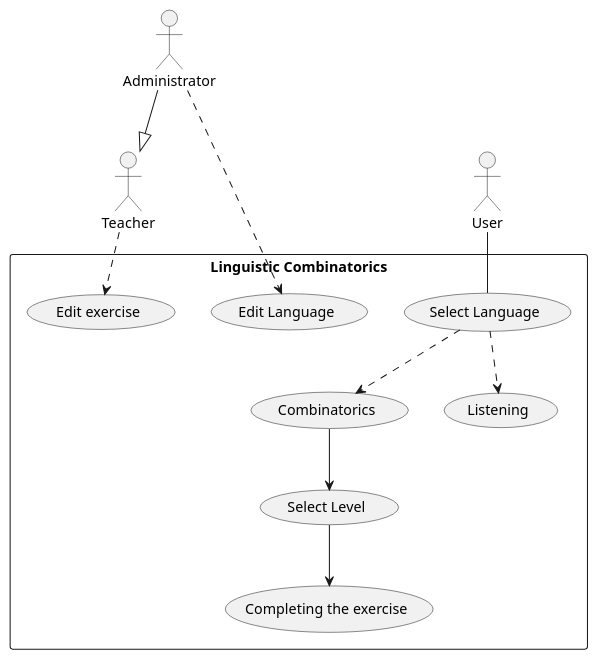
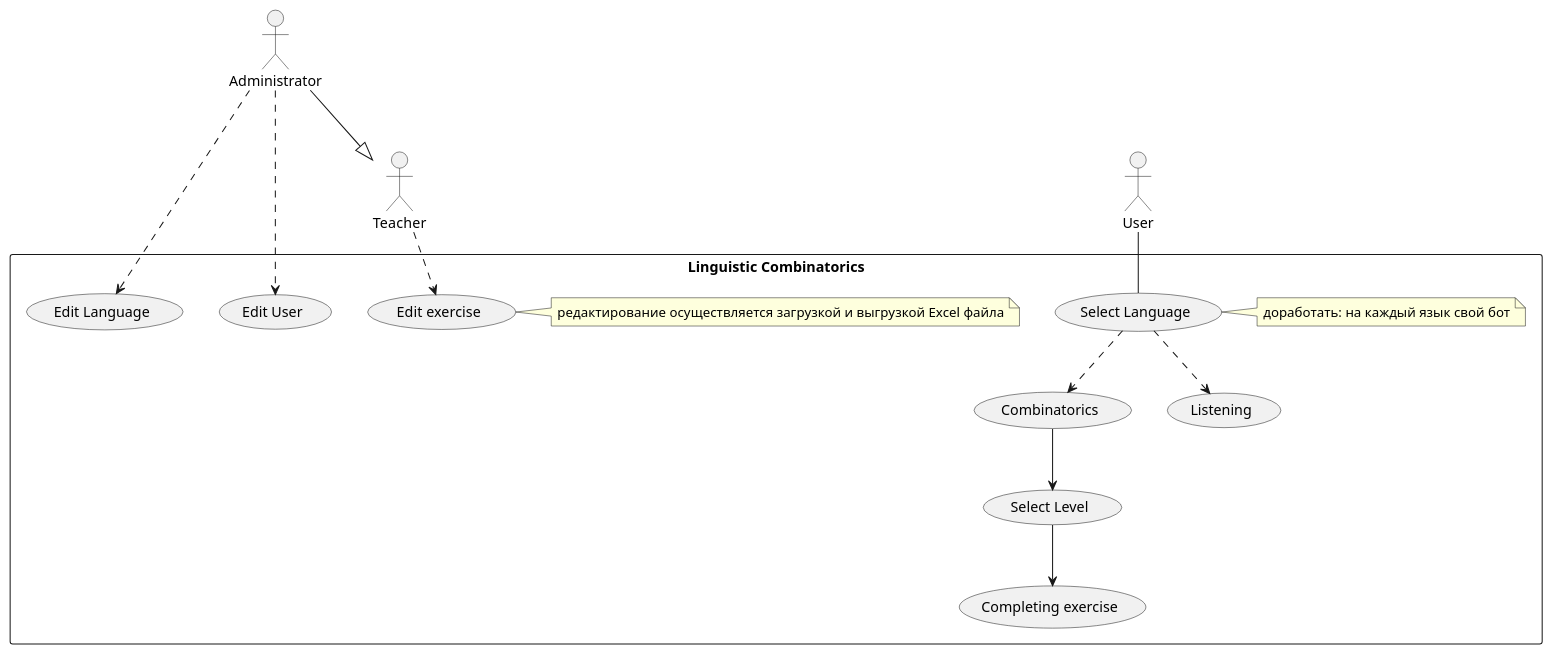
One commit to MaratDevOps/LinguisticCombinatorics changed the diagram in UserCaseDiagram.plantuml. Above: the diagram before and after it, drawn with PlantUML.

Commit message:
Функции администратора

```diff
--- a/UserCaseDiagram.plantuml
+++ b/UserCaseDiagram.plantuml
@@ -1,20 +1,27 @@
 @startuml UserCaseMain
 
+actor User
 actor Administrator
 actor Teacher 
-actor User
+
 Administrator --|> Teacher
 
 rectangle "Linguistic Combinatorics" {  
     User -- (Select Language)
-    /'доработать: на каждый язык свой бот'/
+    note right 
+    доработать: на каждый язык свой бот
+    end note
     (Select Language) ..> (Combinatorics)
     (Select Language) ..> (Listening)
     (Combinatorics) --> (Select Level)
-    (Select Level) --> (Сompleting the exercise)
+    (Select Level) --> (Сompleting exercise)
     
     (Teacher)..> (Edit exercise)
-    (Administrator) ..> (Edit Language)
+    note right
+    редактирование осуществляется загрузкой и выгрузкой Excel файла
+    end note
+    (Administrator) .> (Edit Language)
+    (Administrator) .> (Edit User)
     
 }
 @enduml
```
